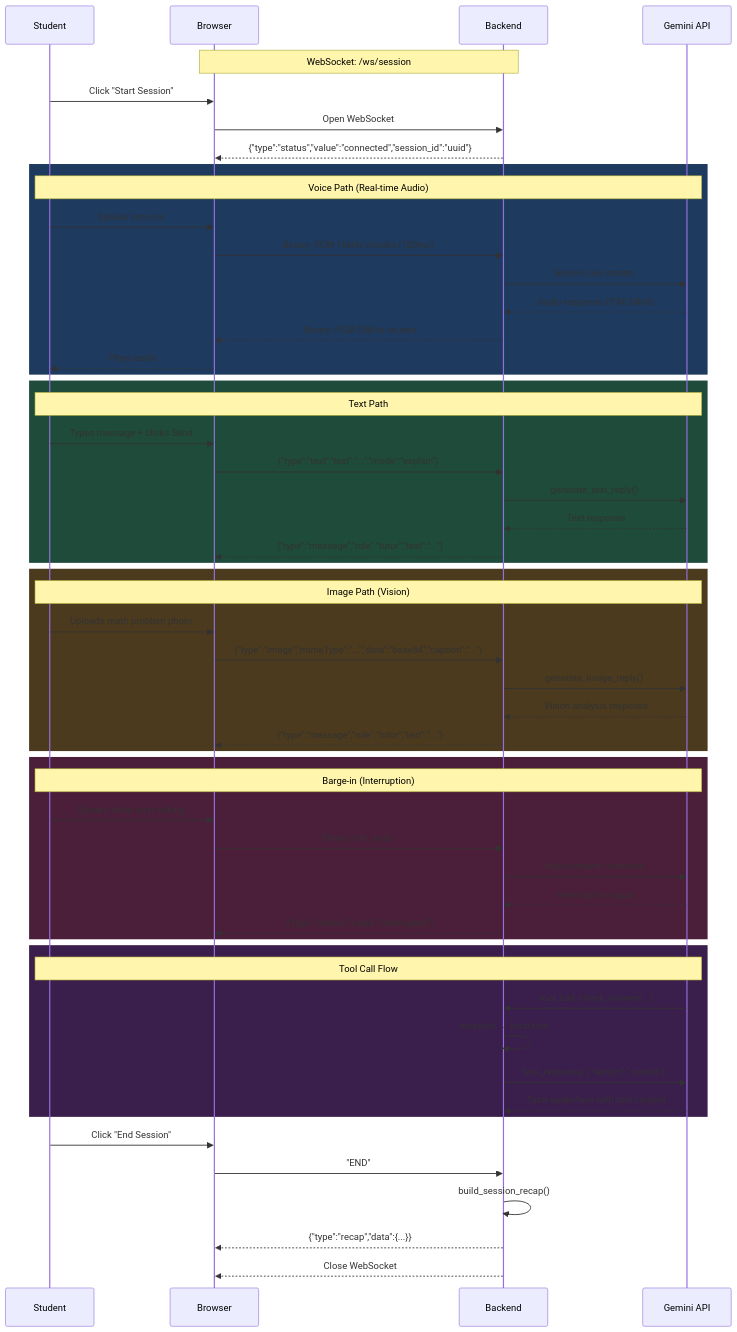
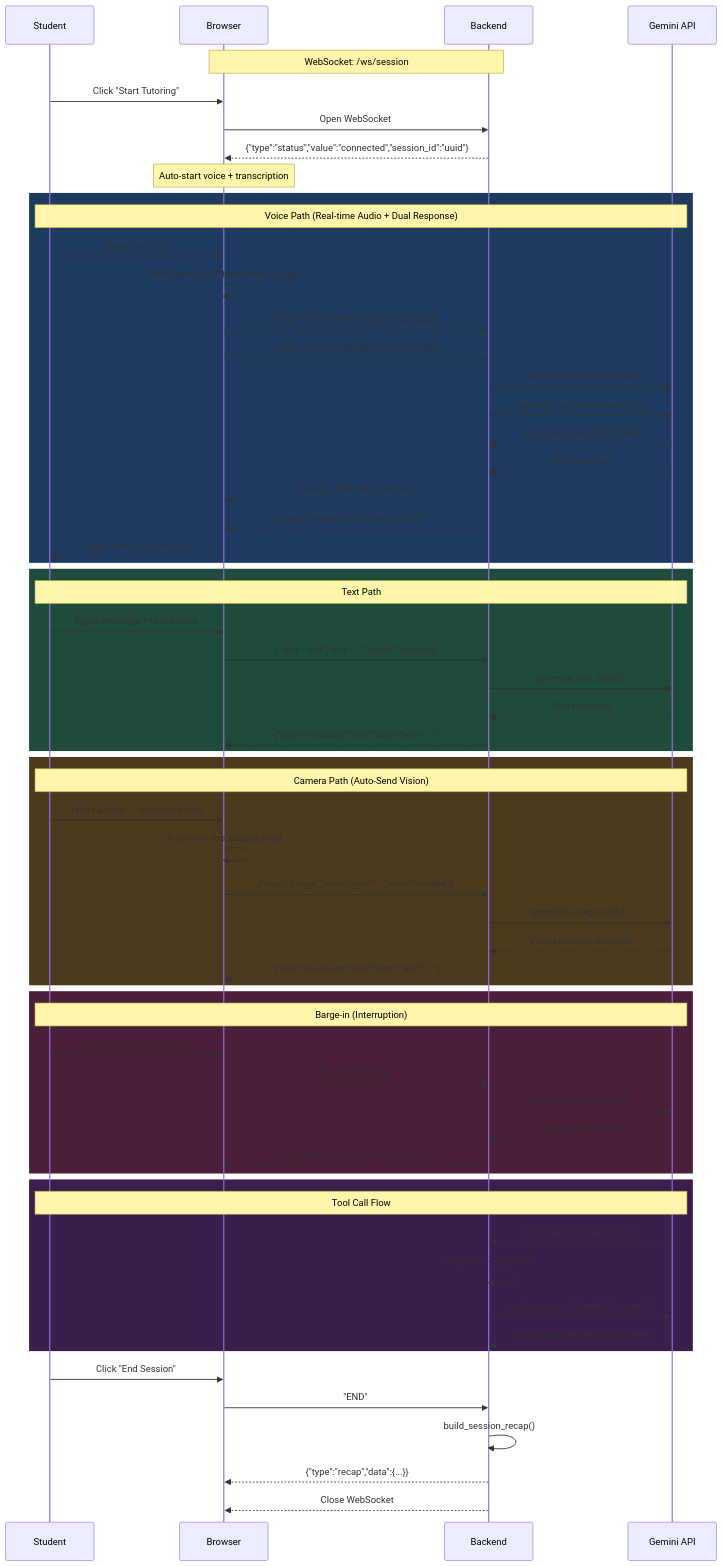
Before and after one commit to Appenza-Main-Org/solvewave-live: the second of 7 diagrams in docs/architecture/ARCHITECTURE_MERMAID.md, drawn with Mermaid. The commit also changed other lines of this file and 3 other files, not shown here.

First line of the commit message:
docs: update architecture files and generate diagram for v0.5.1

````diff
--- a/docs/architecture/ARCHITECTURE_MERMAID.md
+++ b/docs/architecture/ARCHITECTURE_MERMAID.md
@@ -140,64 +141,71 @@
 ```mermaid
 sequenceDiagram
     participant S as Student
     participant B as Browser
     participant BE as Backend
     participant G as Gemini API
 
     Note over B,BE: WebSocket: /ws/session
 
-    S->>B: Click "Start Session"
+    S->>B: Click "Start Tutoring"
     B->>BE: Open WebSocket
     BE-->>B: {"type":"status","value":"connected","session_id":"uuid"}
+    Note over B: Auto-start voice + transcription
 
     rect rgb(30, 58, 95)
-        Note over S,G: Voice Path (Real-time Audio)
+        Note over S,G: Voice Path (Real-time Audio + Dual Response)
         S->>B: Speaks into mic
-        B->>BE: Binary: PCM 16kHz chunks (100ms)
-        BE->>G: Gemini Live stream
+        B->>B: Web Speech API transcribes locally
+        B->>BE: Binary: PCM 16kHz chunks (resampled)
+        B->>BE: JSON: sendTextQuiet(transcript, mode)
+        BE->>G: Gemini Live stream (audio)
+        BE->>G: generate_text_reply(transcript)
         G-->>BE: Audio response PCM 24kHz
+        G-->>BE: Text response
         BE-->>B: Binary: PCM 24kHz chunks
-        B-->>S: Plays audio
+        BE-->>B: {"type":"message","role":"tutor","text":"..."}
+        B-->>S: Plays audio + shows text
     end
 
     rect rgb(30, 75, 58)
         Note over S,G: Text Path
         S->>B: Types message + clicks Send
         B->>BE: {"type":"text","text":"...","mode":"explain"}
         BE->>G: generate_text_reply()
         G-->>BE: Text response
         BE-->>B: {"type":"message","role":"tutor","text":"..."}
     end
 
     rect rgb(75, 58, 30)
-        Note over S,G: Image Path (Vision)
-        S->>B: Uploads math problem photo
-        B->>BE: {"type":"image","mimeType":"...","data":"base64","caption":"..."}
+        Note over S,G: Camera Path (Auto-Send Vision)
+        S->>B: Taps Camera → captures photo
+        B->>B: Auto-send (no staging step)
+        B->>BE: {"type":"image","mimeType":"...","data":"base64"}
         BE->>G: generate_image_reply()
         G-->>BE: Vision analysis response
         BE-->>B: {"type":"message","role":"tutor","text":"..."}
     end
 
     rect rgb(75, 30, 58)
         Note over S,G: Barge-in (Interruption)
         S->>B: Speaks while tutor talking
         B->>BE: Binary: mic audio
         BE->>G: Audio stream continues
         G-->>BE: Interruption signal
         BE-->>B: {"type":"status","value":"interrupted"}
     end
 
     rect rgb(58, 30, 75)
         Note over S,G: Tool Call Flow
         G->>BE: tool_call: check_answer(...)
         BE->>BE: dispatch → local tool
         BE->>G: tool_response: {"verdict":"correct"}
         G-->>BE: Tutor audio/text with tool context
     end
 
     S->>B: Click "End Session"
     B->>BE: "END"
     BE->>BE: build_session_recap()
     BE-->>B: {"type":"recap","data":{...}}
     BE-->>B: Close WebSocket
 ```
````
